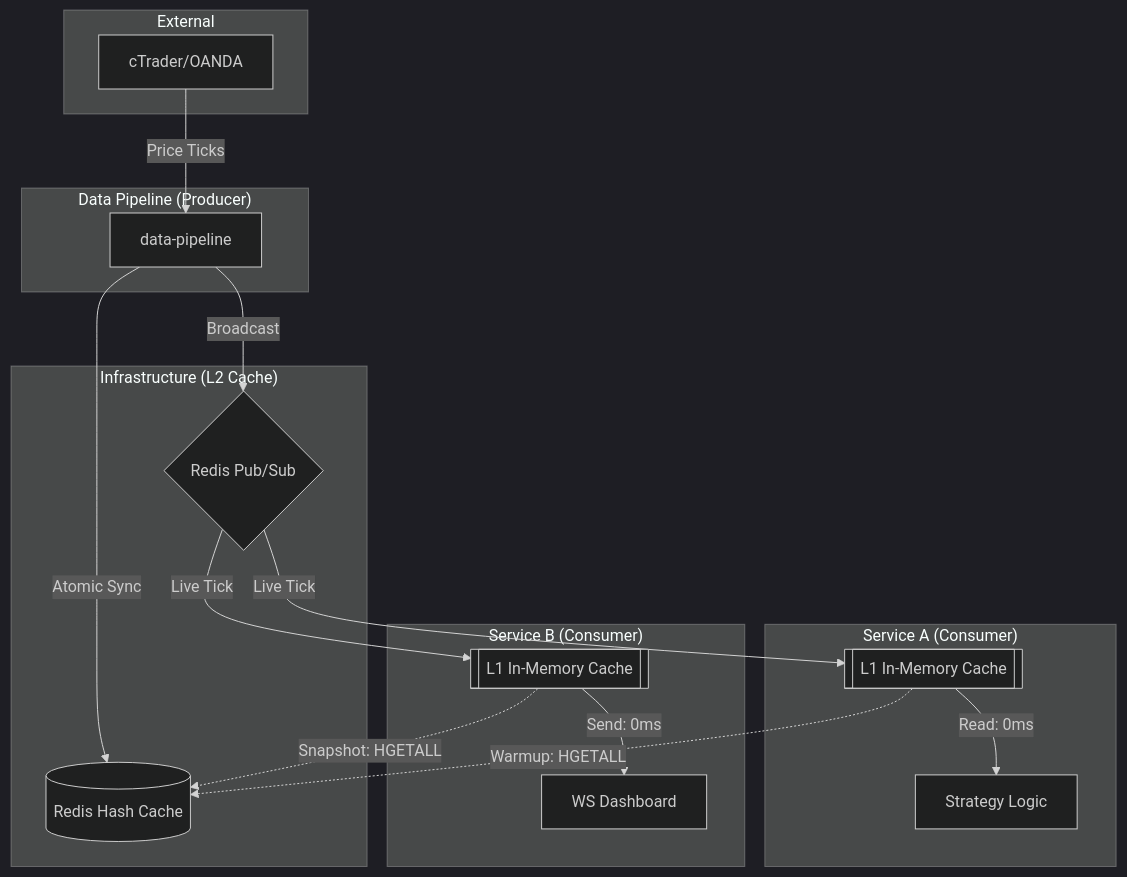
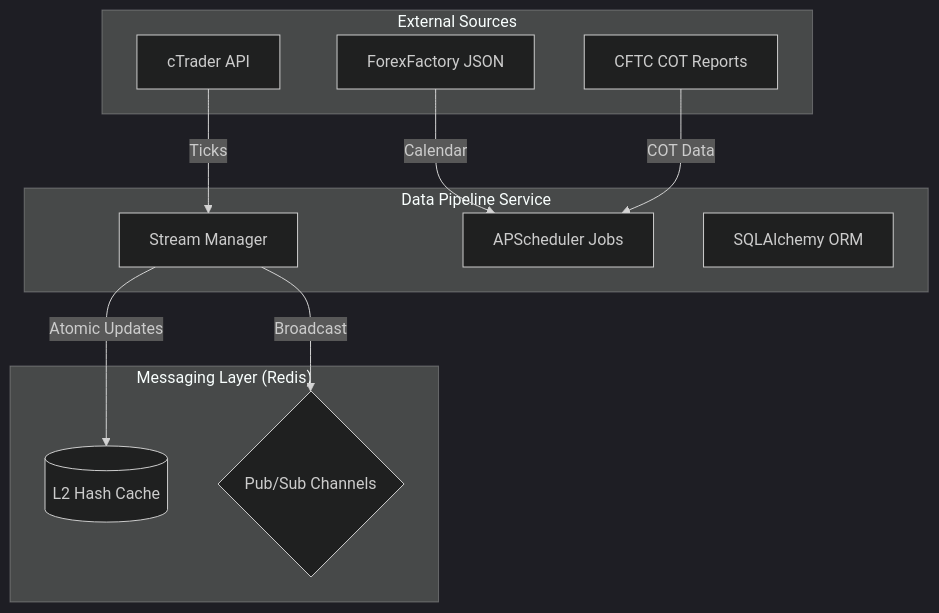
The diagram in services/data-pipeline/README.md (damrongsak/mtf-trading-system), drawn with Mermaid (dark theme) before and after one commit. The commit also changed other lines of this file and 1 other file, not shown here.

Commit message:
docs(data-pipeline): update README and enhance startup health check for full table coverage

````diff
--- a/services/data-pipeline/README.md
+++ b/services/data-pipeline/README.md
@@ -15,42 +18,25 @@
 ```mermaid
 graph TD
-    subgraph "External"
-        CT[cTrader/OANDA]
+    subgraph External["External Sources"]
+        CT[cTrader API]
+        FF[ForexFactory JSON]
+        CFTC[CFTC COT Reports]
     end
 
-    subgraph "Data Pipeline (Producer)"
-        DP[data-pipeline]
+    subgraph DP["Data Pipeline Service"]
+        Stream[Stream Manager]
+        Jobs[APScheduler Jobs]
+        DB_Sync[SQLAlchemy ORM]
     end
 
-    subgraph "Infrastructure (L2 Cache)"
-        REDIS_L2[(Redis Hash Cache)]
-        PUB_SUB{Redis Pub/Sub}
+    subgraph Cache["Messaging Layer (Redis)"]
+        L2[(L2 Hash Cache)]
+        PubSub{Pub/Sub Channels}
     end
 
-    subgraph "Service A (Consumer)"
-        SC_L1[[L1 In-Memory Cache]]
-        STR[Strategy Logic]
-    end
-
-    subgraph "Service B (Consumer)"
-        AGW_L1[[L1 In-Memory Cache]]
-        FE[WS Dashboard]
-    end
-
-    %% Data Ingestion
-    CT -->|Price Ticks| DP
-    DP -->|Atomic Sync| REDIS_L2
-    DP -->|Broadcast| PUB_SUB
-
-    %% L2 Point-in-time Reads (Snapshot)
-    SC_L1 -.->|Warmup: HGETALL| REDIS_L2
-    AGW_L1 -.->|Snapshot: HGETALL| REDIS_L2
-
-    %% L1 Stream Updates
-    PUB_SUB -->|Live Tick| SC_L1
-    PUB_SUB -->|Live Tick| AGW_L1
-
-    %% Fast Local Access
-    SC_L1 -->|Read: 0ms| STR
-    AGW_L1 -->|Send: 0ms| FE
+    CT -->|Ticks| Stream
+    Stream -->|Atomic Updates| L2
+    Stream -->|Broadcast| PubSub
+    FF -->|Calendar| Jobs
+    CFTC -->|COT Data| Jobs
 ```
````
